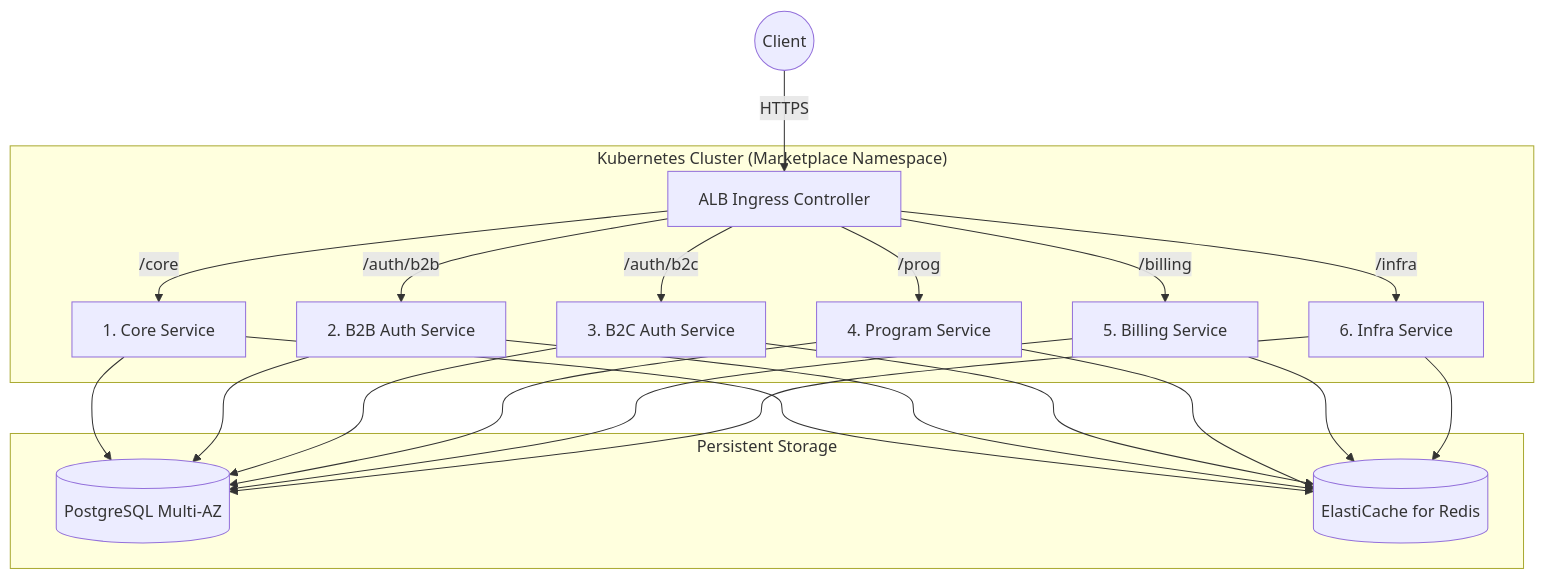
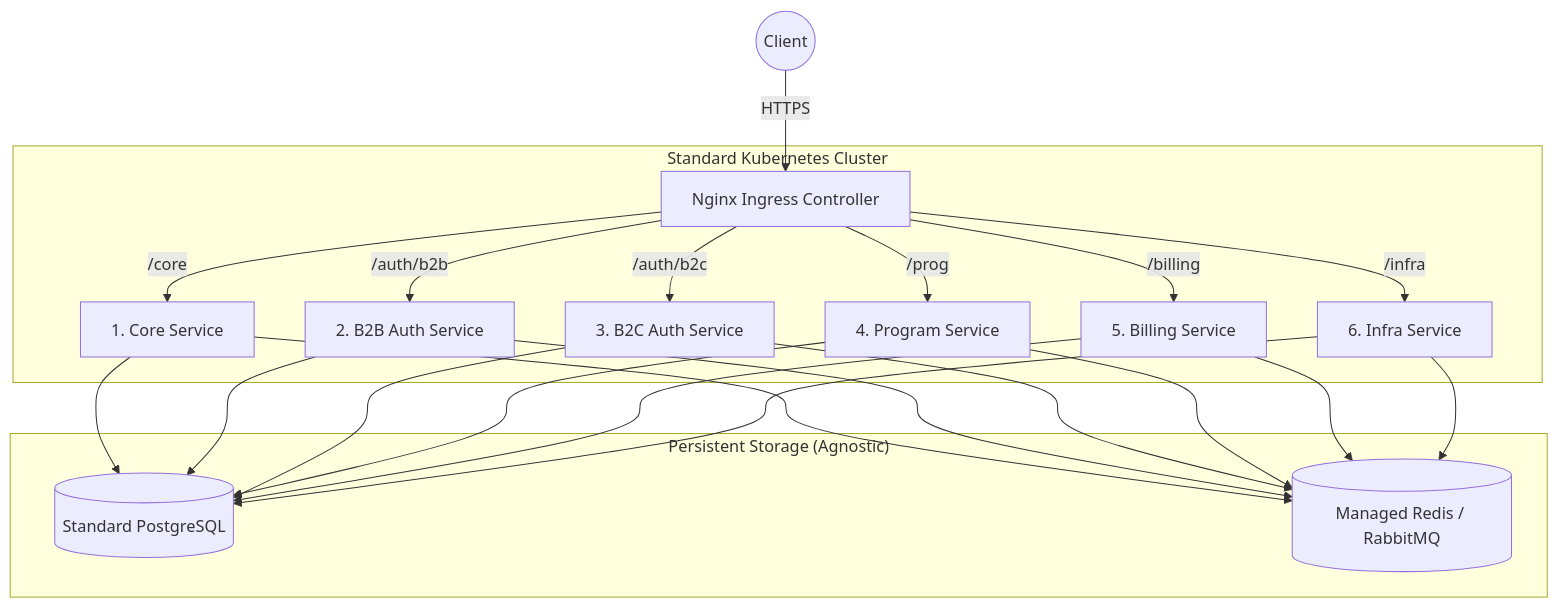
Before and after one commit to JYK0128/ai-base-app: the first of 4 diagrams in implementation_plan.md, drawn with Mermaid. The commit also changed other lines of this file and 6 other files, not shown here.

````diff
--- a/implementation_plan.md
+++ b/implementation_plan.md
@@ -23,29 +23,29 @@
 ```mermaid
 graph TD
-    subgraph "Kubernetes Cluster (Marketplace Namespace)"
-        Ingress[ALB Ingress Controller]
+    subgraph "Standard Kubernetes Cluster"
+        Ingress[Nginx Ingress Controller]
         
         CoreSVC[1. Core Service]
         B2BAuth[2. B2B Auth Service]
         B2CAuth[3. B2C Auth Service]
         ProgSVC[4. Program Service]
         BillSVC[5. Billing Service]
         InfraSVC[6. Infra Service]
     end
     
-    subgraph "Persistent Storage"
-        RDS[(PostgreSQL Multi-AZ)]
-        Redis[(ElastiCache for Redis)]
+    subgraph "Persistent Storage (Agnostic)"
+        RDS[(Standard PostgreSQL)]
+        Redis[(Managed Redis / RabbitMQ)]
     end
 
     User((Client)) -->|HTTPS| Ingress
     Ingress -->|/core| CoreSVC
     Ingress -->|/auth/b2b| B2BAuth
     Ingress -->|/auth/b2c| B2CAuth
     Ingress -->|/prog| ProgSVC
     Ingress -->|/billing| BillSVC
     Ingress -->|/infra| InfraSVC
     
     CoreSVC & B2BAuth & B2CAuth & ProgSVC & BillSVC & InfraSVC --> RDS
     CoreSVC & B2BAuth & B2CAuth & ProgSVC & BillSVC & InfraSVC --> Redis
 ```
````
